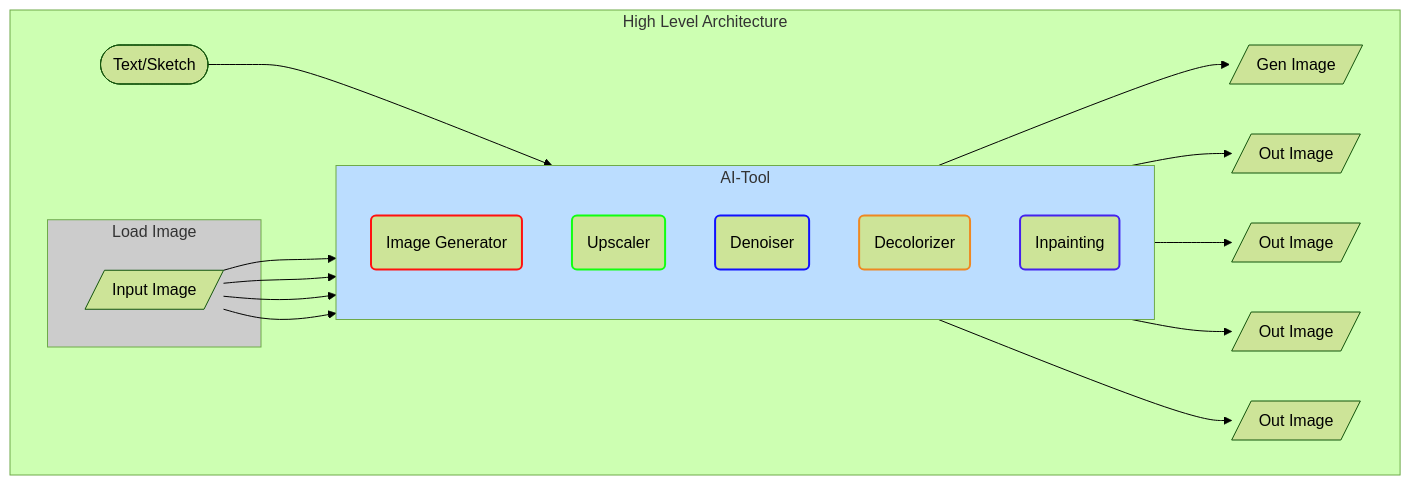
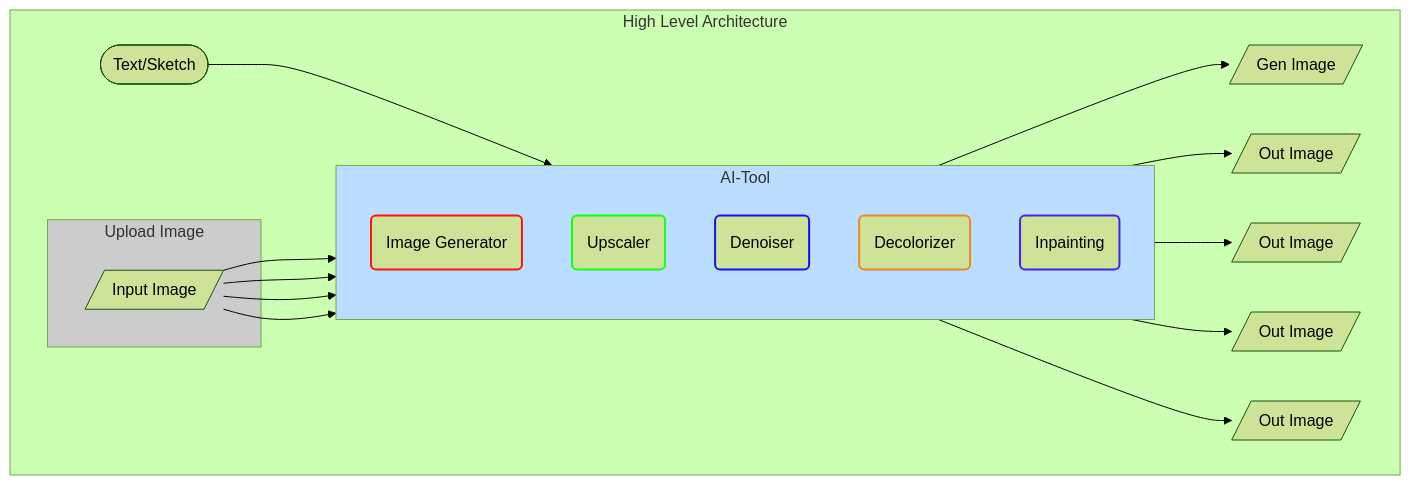
One commit to afondiel/computer-vision-challenge changed the diagram in L2_06_AI_Assisted_Image_Editing_and_Manipulation/readme.md. Above: the diagram before and after it, drawn with Mermaid (forest theme). The commit also changed 1 other file, not shown here.

Commit message:
L2-06: update pipeline

````diff
--- a/L2_06_AI_Assisted_Image_Editing_and_Manipulation/readme.md
+++ b/L2_06_AI_Assisted_Image_Editing_and_Manipulation/readme.md
@@ -14,36 +14,36 @@
 ```mermaid
 flowchart LR
   subgraph High Level Architecture
     direction LR
-    subgraph Load_Im [Load Image]
+    subgraph Load_Im [Upload Image]
       M[/Input Image/]
     end
     subgraph AI-Tool
       direction TB
       B(Image Generator)
       C(Upscaler)
       D(Denoiser)
       E(Decolorizer)
       F(Inpainting)
     end 
     Z([Text/Sketch])-->B
     M-->C
     M-->D
     M-->E
     M-->F
     
     B-->N[/Gen Image/]    
     C-->I[/Out Image/]
     D-->J[/Out Image/]
     E-->K[/Out Image/]
     F-->L[/Out Image/]
   end
 
   style B stroke:#f11,stroke-width:2px
   style C stroke:#1f1,stroke-width:2px
   style D stroke:#11f,stroke-width:2px
   style E stroke:#e82,stroke-width:2px
   style F stroke:#42e,stroke-width:2px
   style Load_Im fill:#ccc
   style AI-Tool fill:#bdf
 ```
````
